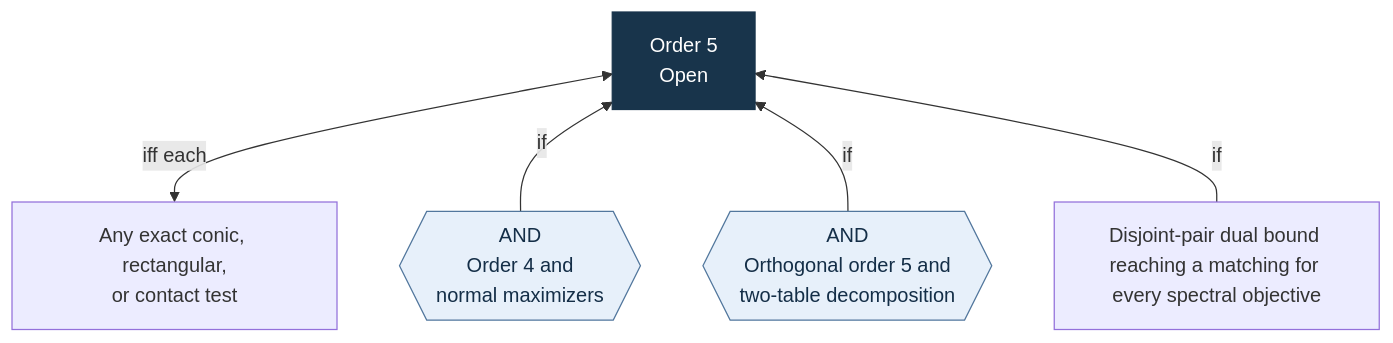
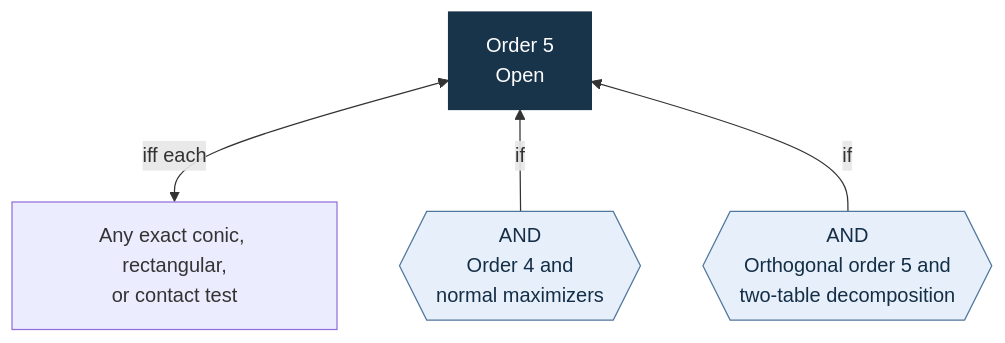
The first of 5 diagrams in Docs/order-five-proof-map.md (ascendnoosphere/MOC), drawn with Mermaid before and after one commit. The commit also changed other lines of this file and 6 other files, not shown here.

Commit message:
Refute the universal order-five disjoint-pair certificate

````diff
--- a/Docs/order-five-proof-map.md
+++ b/Docs/order-five-proof-map.md
@@ -21,16 +22,14 @@
 ```mermaid
 flowchart BT
     accTitle: Order-five proof routes
     accDescr: The exact tests imply and follow from order five. The normal-maximizer and orthogonal-decomposition routes each require both stated premises.
     Goal["Order 5<br/>Open"]:::goal
     Exact["Any exact conic, rectangular,<br/>or contact test"]
     Normal{{"AND<br/>Order 4 and<br/>normal maximizers"}}:::gate
     Real{{"AND<br/>Orthogonal order 5 and<br/>two-table decomposition"}}:::gate
-    Pair["Disjoint-pair dual bound reaching a matching for every spectral objective"]
     Exact <-->|iff each| Goal
     Normal -->|if| Goal
     Real -->|if| Goal
-    Pair -->|if| Goal
     classDef goal fill:#18344b,stroke:#18344b,color:#fff
     classDef gate fill:#e7f0fa,stroke:#52779d,color:#142e47
 ```
````
